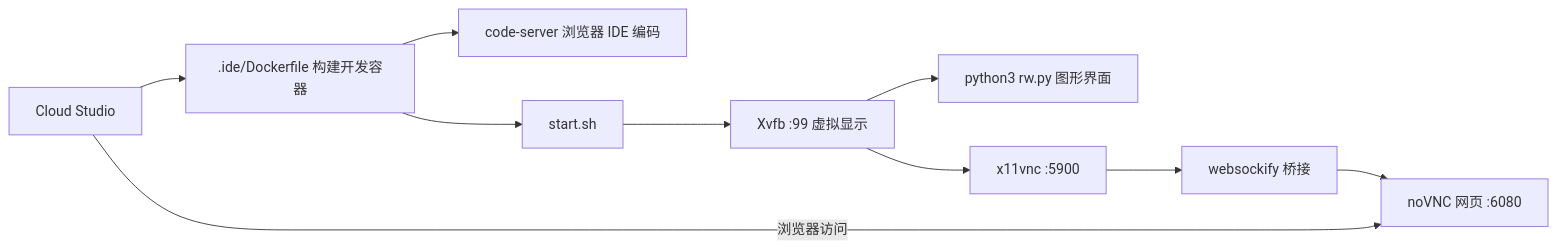
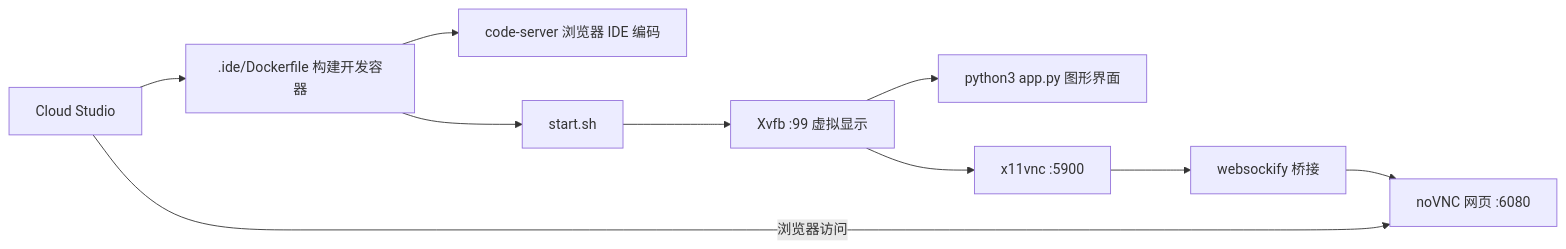
One commit to cModules/RoboWorld changed the diagram in .codebuddy/plans/robotworld-web-dev-container_47e27484.md. Above: the diagram before and after it, drawn with Mermaid. The commit also changed other lines of this file and 144 other files, not shown here.

````diff
--- a/.codebuddy/plans/robotworld-web-dev-container_47e27484.md
+++ b/.codebuddy/plans/robotworld-web-dev-container_47e27484.md
@@ -70,12 +70,12 @@
 ```mermaid
 flowchart LR
   A[Cloud Studio] --> B[.ide/Dockerfile 构建开发容器]
   B --> C[code-server 浏览器 IDE 编码]
   B --> D[start.sh]
   D --> E[Xvfb :99 虚拟显示]
-  E --> F[python3 rw.py 图形界面]
+  E --> F[python3 app.py 图形界面]
   E --> G[x11vnc :5900]
   G --> H[websockify 桥接]
   H --> I[noVNC 网页 :6080]
   A -->|浏览器访问| I
 ```
````
